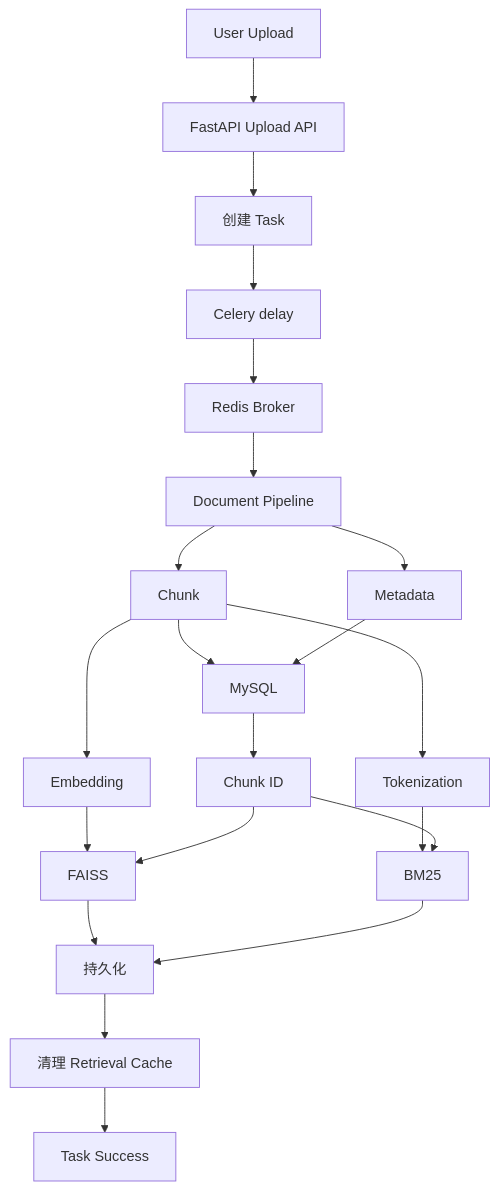
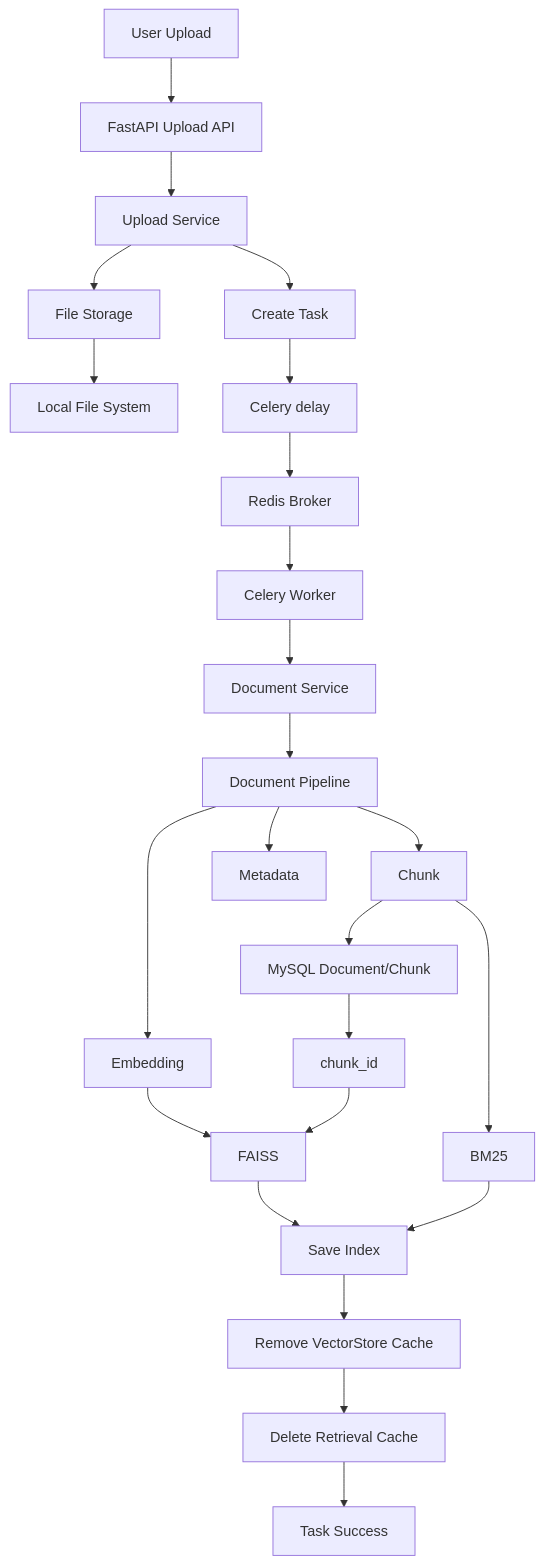
The first of 4 diagrams in docs/architecture/upload_pipeline.md (yzheAI/Multi-Knowledge-Base-RAG-System), drawn with Mermaid before and after one commit. The commit also changed other lines of this file, not shown here.

Commit message:
docs: update upload pipeline documentation

````diff
--- a/docs/architecture/upload_pipeline.md
+++ b/docs/architecture/upload_pipeline.md
@@ -75,29 +105,44 @@
 ```mermaid
 flowchart TD
-    A[User Upload] --> B[FastAPI Upload API]
-    B --> C[创建 Task]
-    C --> D[Celery delay]
-    D --> E[Redis Broker]
-    E --> F[Document Pipeline]
 
-    F --> G[Chunk]
-    F --> H[Metadata]
+A[User Upload] --> B[FastAPI Upload API]
 
-    G --> I[MySQL]
-    H --> I
-    I --> J[Chunk ID]
+B --> C[Upload Service]
 
-    G --> K[Embedding]
-    K --> L[FAISS]
-    J --> L
+C --> D[File Storage]
+D --> E[Local File System]
 
-    G --> M[Tokenization]
-    M --> N[BM25]
-    J --> N
+C --> F[Create Task]
+F --> G[Celery delay]
 
-    L --> O[持久化]
-    N --> O
+G --> H[Redis Broker]
 
-    O --> P[清理 Retrieval Cache]
-    P --> Q[Task Success]
+H --> I[Celery Worker]
+
+I --> J[Document Service]
+
+J --> K[Document Pipeline]
+
+K --> L[Chunk]
+K --> M[Metadata]
+K --> N[Embedding]
+
+L --> O[MySQL Document/Chunk]
+
+O --> P[chunk_id]
+
+N --> Q[FAISS]
+
+P --> Q
+
+L --> R[BM25]
+
+Q --> S[Save Index]
+R --> S
+
+S --> T[Remove VectorStore Cache]
+
+T --> U[Delete Retrieval Cache]
+
+U --> V[Task Success]
 ```
````
